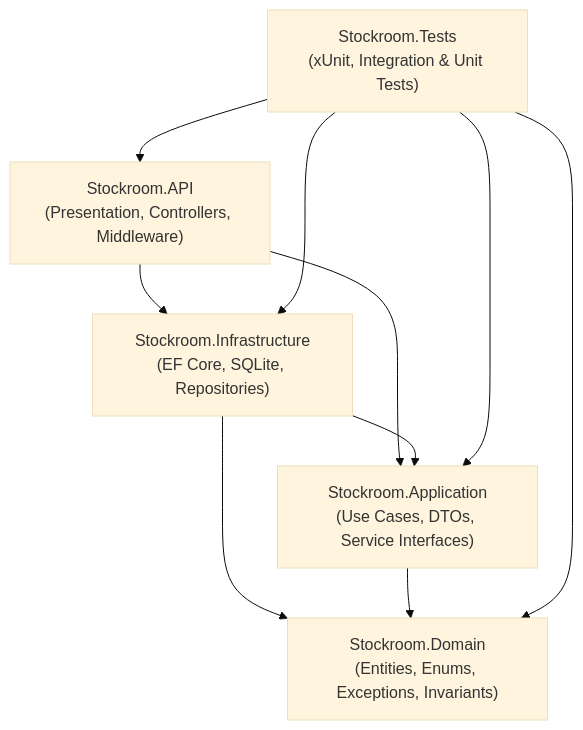
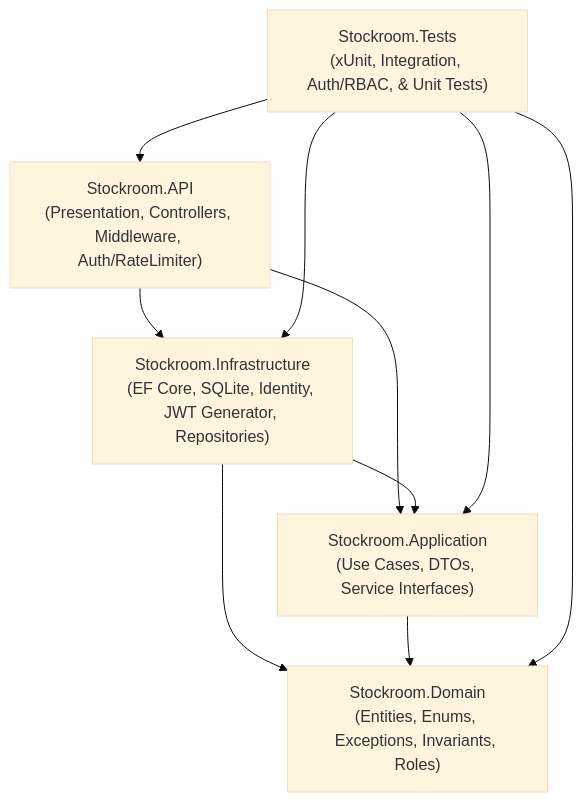
The diagram in README.md (KomalBidari7/Stockroom), drawn with Mermaid (base theme) before and after one commit. The commit also changed other lines of this file and 30 other files, not shown here.

````diff
--- a/README.md
+++ b/README.md
@@ -62,18 +77,18 @@
 ```mermaid
 graph TD
-    API["Stockroom.API\n(Presentation, Controllers, Middleware)"]
+    API["Stockroom.API\n(Presentation, Controllers, Middleware, Auth/RateLimiter)"]
     APP["Stockroom.Application\n(Use Cases, DTOs, Service Interfaces)"]
-    INFRA["Stockroom.Infrastructure\n(EF Core, SQLite, Repositories)"]
-    DOM["Stockroom.Domain\n(Entities, Enums, Exceptions, Invariants)"]
-    TESTS["Stockroom.Tests\n(xUnit, Integration & Unit Tests)"]
+    INFRA["Stockroom.Infrastructure\n(EF Core, SQLite, Identity, JWT Generator, Repositories)"]
+    DOM["Stockroom.Domain\n(Entities, Enums, Exceptions, Invariants, Roles)"]
+    TESTS["Stockroom.Tests\n(xUnit, Integration, Auth/RBAC, & Unit Tests)"]
 
     API --> APP
     API --> INFRA
     INFRA --> APP
     INFRA --> DOM
     APP --> DOM
     TESTS --> API
     TESTS --> APP
     TESTS --> DOM
     TESTS --> INFRA
 ```
````
